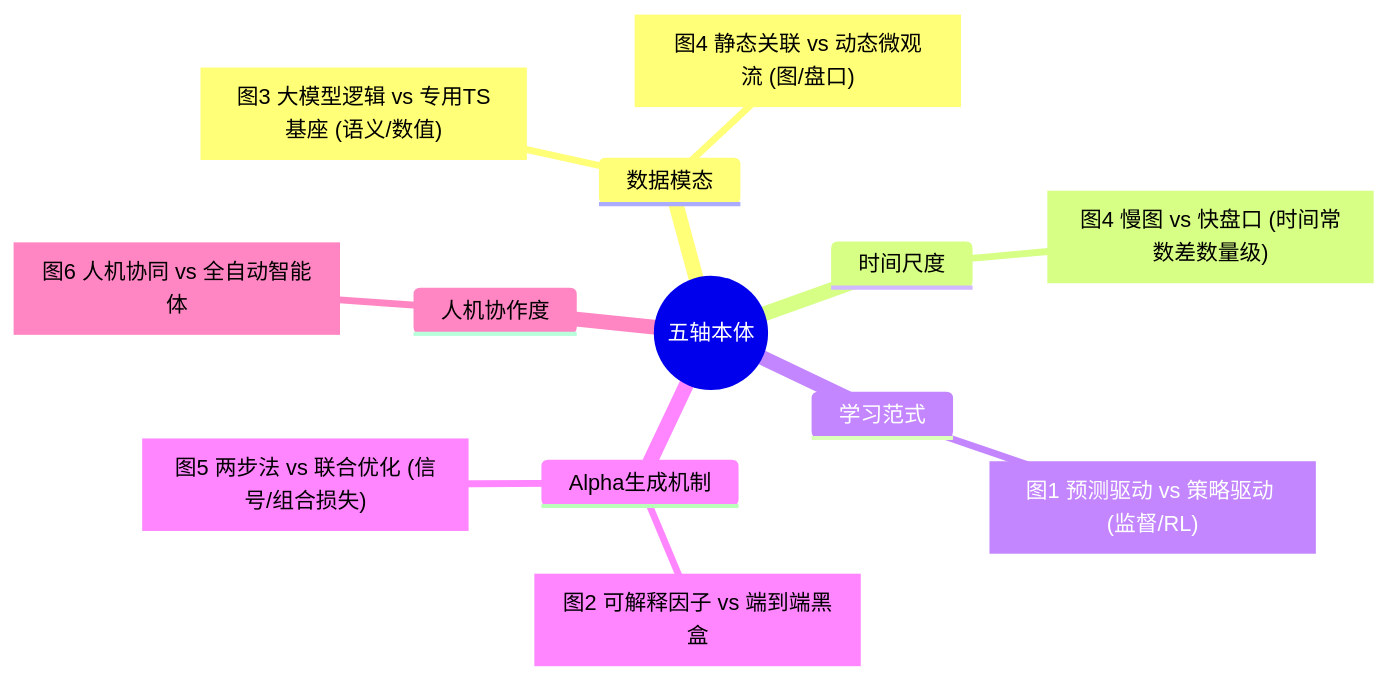
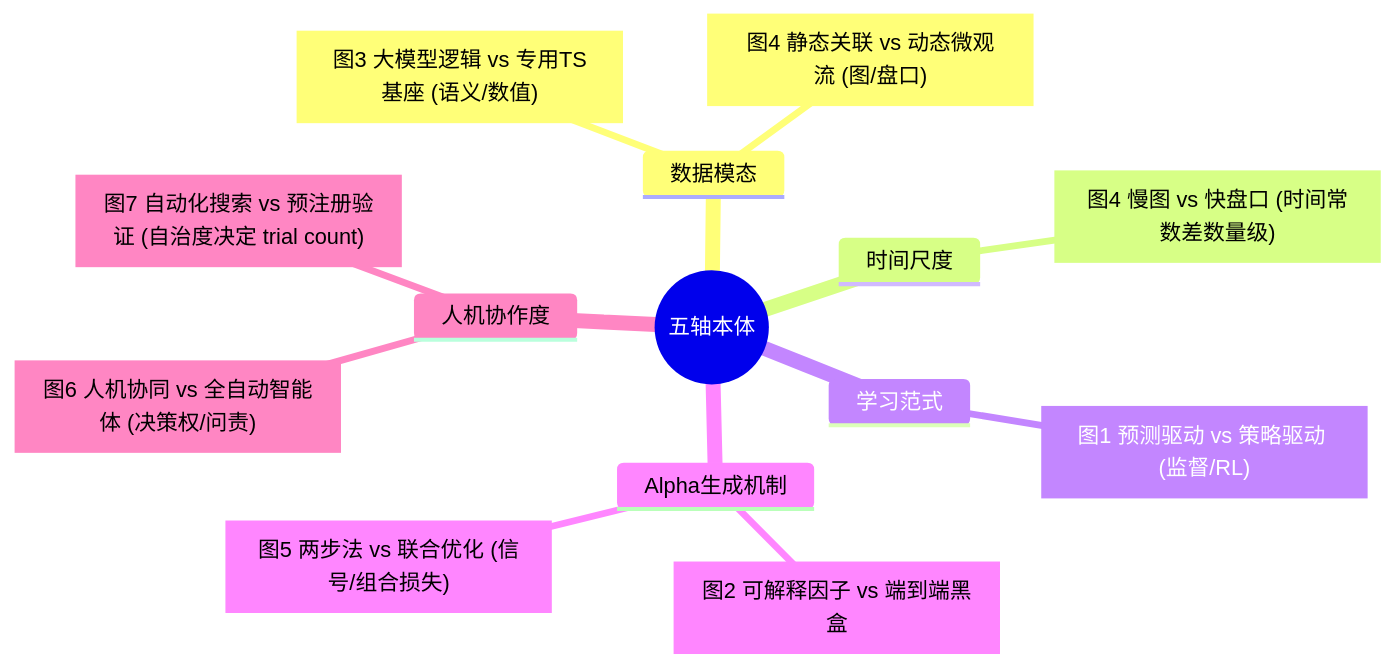
Before and after one commit to sou350121/Trading-Handbook: the diagram in crossing/overview.md, drawn with Mermaid. The commit also changed other lines of this file and 11 other files, not shown here.

First line of the commit message:
content: autoresearch × 預註冊驗證 — 第七張張力圖 + 建造指南 + 對抗式審計 + 五案實戰紀錄

````diff
--- a/crossing/overview.md
+++ b/crossing/overview.md
@@ -22,16 +23,17 @@
 ```mermaid
 mindmap
   root(("五轴本体"))
     数据模态
       T3["图3 大模型逻辑 vs 专用TS基座 (语义/数值)"]
       T4["图4 静态关联 vs 动态微观流 (图/盘口)"]
     时间尺度
       T4b["图4 慢图 vs 快盘口 (时间常数差数量级)"]
     学习范式
       T1["图1 预测驱动 vs 策略驱动 (监督/RL)"]
     Alpha生成机制
       T2["图2 可解释因子 vs 端到端黑盒"]
       T5["图5 两步法 vs 联合优化 (信号/组合损失)"]
     人机协作度
-      T6["图6 人机协同 vs 全自动智能体"]
+      T6["图6 人机协同 vs 全自动智能体 (决策权/问责)"]
+      T7["图7 自动化搜索 vs 预注册验证 (自治度决定 trial count)"]
 ```
````
